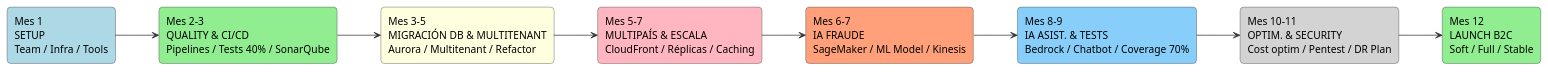
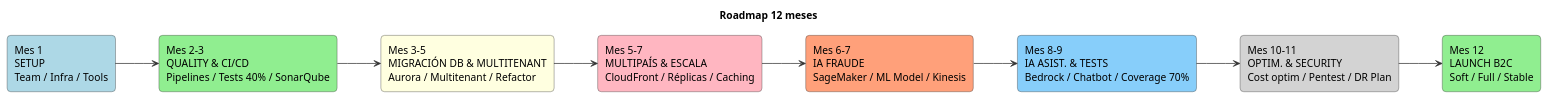
Before and after one commit to Alejandrokbo/mscope-challenge: the diagram in src/docs/diagrams/roadmap-visual.puml, drawn with PlantUML. The commit also changed 7 other files, not shown here.

```diff
--- a/src/docs/diagrams/roadmap-visual.puml
+++ b/src/docs/diagrams/roadmap-visual.puml
@@ -1,28 +1,30 @@
 @startuml
 left to right direction
 
 skinparam backgroundColor #FFFFFF
 skinparam rectangle {
   BorderColor #333333
   RoundCorner 10
 }
 skinparam ArrowColor #333333
+
+title Roadmap 12 meses
 
 rectangle "Mes 1\nSETUP\nTeam / Infra / Tools" as M1 #ADD8E6
 rectangle "Mes 2-3\nQUALITY & CI/CD\nPipelines / Tests 40% / SonarQube" as M2 #90EE90
 rectangle "Mes 3-5\nMIGRACIÓN DB & MULTITENANT\nAurora / Multitenant / Refactor" as M3 #FFFFE0
 rectangle "Mes 5-7\nMULTIPAÍS & ESCALA\nCloudFront / Réplicas / Caching" as M4 #FFB6C1
 rectangle "Mes 6-7\nIA FRAUDE\nSageMaker / ML Model / Kinesis" as M5 #FFA07A
 rectangle "Mes 8-9\nIA ASIST. & TESTS\nBedrock / Chatbot / Coverage 70%" as M6 #87CEFA
 rectangle "Mes 10-11\nOPTIM. & SECURITY\nCost optim / Pentest / DR Plan" as M7 #D3D3D3
 rectangle "Mes 12\nLAUNCH B2C\nSoft / Full / Stable" as M8 #90EE90
 
 M1 --> M2
 M2 --> M3
 M3 --> M4
 M4 --> M5
 M5 --> M6
 M6 --> M7
 M7 --> M8
 
 @enduml
```
